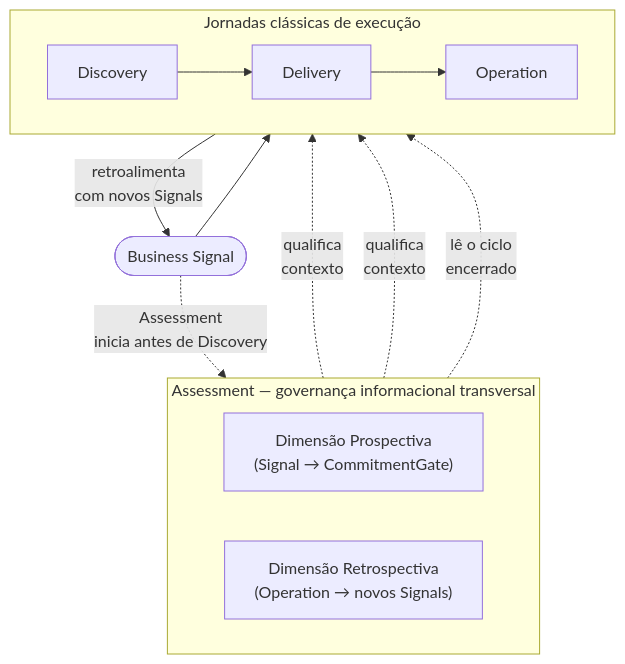
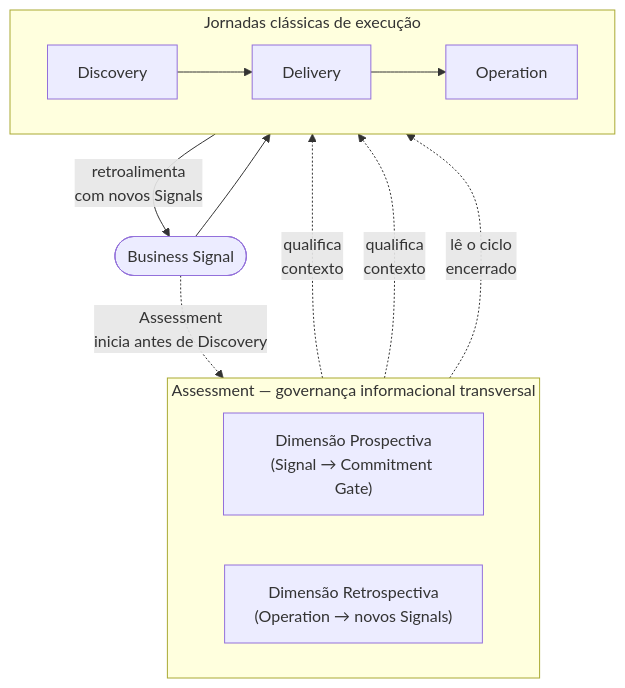
Before and after one commit to produtoreativo/from-intent-to-outcome: the first of 3 diagrams in capitulo-04.md, drawn with Mermaid. The commit also changed other lines of this file and 26 other files, not shown here.

````diff
--- a/capitulo-04.md
+++ b/capitulo-04.md
@@ -18,22 +18,22 @@
 ```mermaid
 graph TD
     BS(["Business Signal"])
 
     subgraph CAMADA["Assessment — governança informacional transversal"]
         direction LR
-        AP["Dimensão Prospectiva\n(Signal → CommitmentGate)"]
+        AP["Dimensão Prospectiva\n(Signal → Commitment Gate)"]
         AR["Dimensão Retrospectiva\n(Operation → novos Signals)"]
     end
 
     subgraph EXEC["Jornadas clássicas de execução"]
         direction LR
         D["Discovery"] --> DEL["Delivery"] --> OP["Operation"]
     end
 
     BS --> D
     BS -.->|"Assessment\ninicia antes de Discovery"| AP
     AP -.->|"qualifica\ncontexto"| D
     AP -.->|"qualifica\ncontexto"| DEL
     AR -.->|"lê o ciclo\nencerrado"| OP
     OP -->|"retroalimenta\ncom novos Signals"| BS
 ```
````
